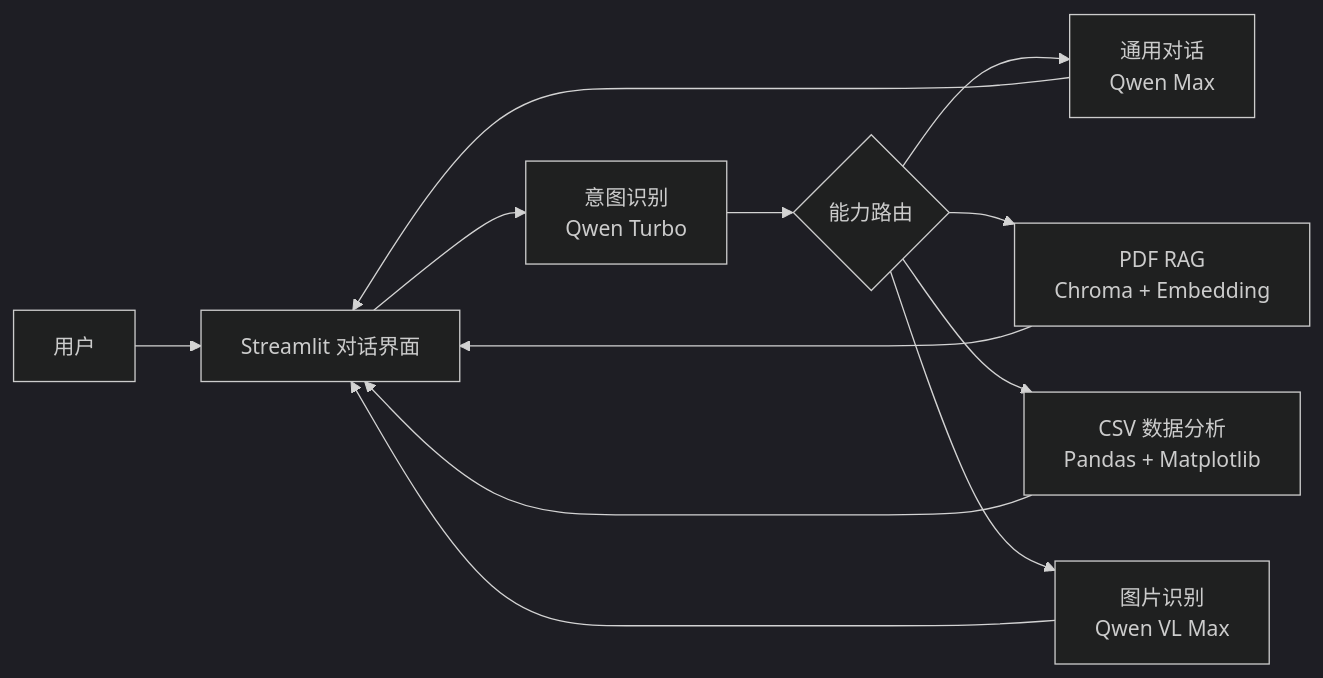
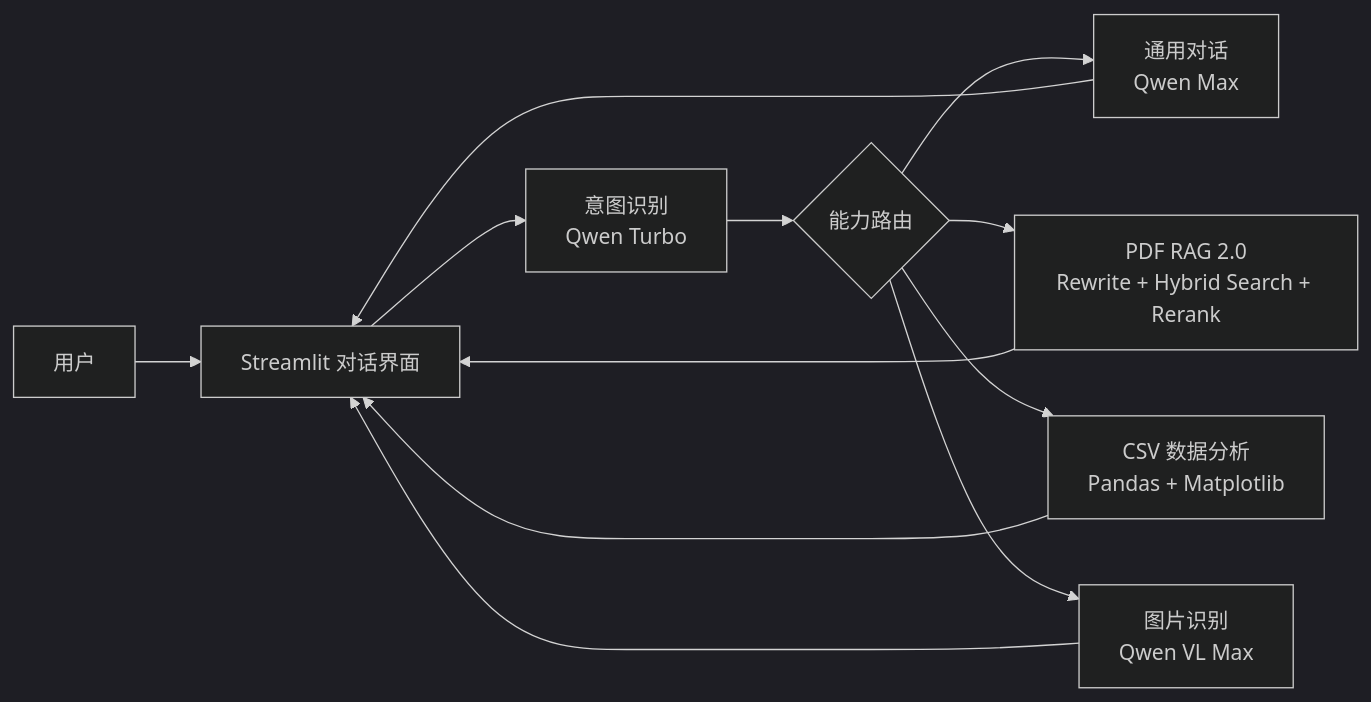
One commit to ChiYuouo/chat-bot changed the diagram in README.md. Above: the diagram before and after it, drawn with Mermaid (dark theme). The commit also changed other lines of this file and 4 other files, not shown here.

````diff
--- a/README.md
+++ b/README.md
@@ -15,11 +15,11 @@
 ```mermaid
 flowchart LR
     U[用户] --> UI[Streamlit 对话界面]
     UI --> I[意图识别<br/>Qwen Turbo]
     I --> R{能力路由}
     R --> G[通用对话<br/>Qwen Max]
-    R --> D[PDF RAG<br/>Chroma + Embedding]
+    R --> D[PDF RAG 2.0<br/>Rewrite + Hybrid Search + Rerank]
     R --> A[CSV 数据分析<br/>Pandas + Matplotlib]
     R --> V[图片识别<br/>Qwen VL Max]
     G & D & A & V --> UI
 ```
````
